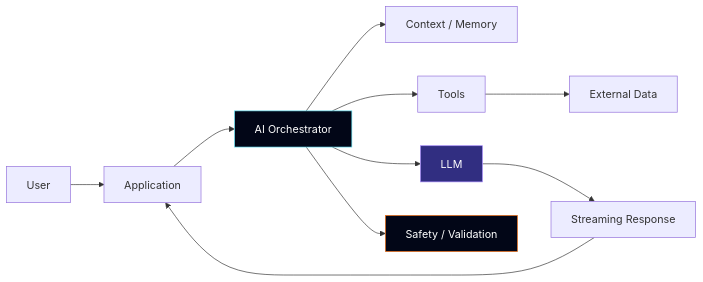
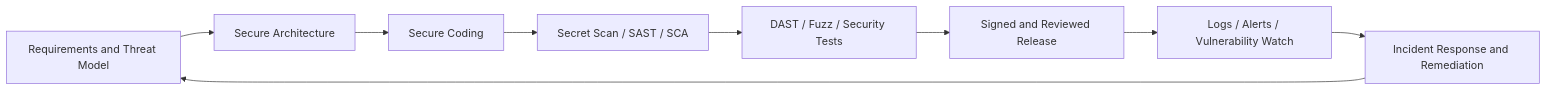
Before and after one commit to avinash9354/avinash9354: the second of 3 diagrams in README.md, drawn with Mermaid. The commit also changed other lines of this file, not shown here.

````diff
--- a/README.md
+++ b/README.md
@@ -906,20 +118,11 @@
 ```mermaid
 flowchart LR
-
-USER[User] --> UI[Application]
-UI --> ORCH[AI Orchestrator]
-
-ORCH --> MEMORY[Context / Memory]
-ORCH --> TOOLS[Tools]
-ORCH --> MODEL[LLM]
-ORCH --> GUARD[Safety / Validation]
-
-TOOLS --> DATA[External Data]
-MODEL --> STREAM[Streaming Response]
-
-STREAM --> UI
-
-style MODEL fill:#312e81,stroke:#a78bfa,color:#fff
-style ORCH fill:#020617,stroke:#67e8f9,color:#fff
-style GUARD fill:#020617,stroke:#f97316,color:#fff
+    PLAN[Requirements and Threat Model] --> DESIGN[Secure Architecture]
+    DESIGN --> CODE[Secure Coding]
+    CODE --> CHECK[Secret Scan / SAST / SCA]
+    CHECK --> TEST[DAST / Fuzz / Security Tests]
+    TEST --> RELEASE[Signed and Reviewed Release]
+    RELEASE --> MONITOR[Logs / Alerts / Vulnerability Watch]
+    MONITOR --> FIX[Incident Response and Remediation]
+    FIX --> PLAN
 ```
````
